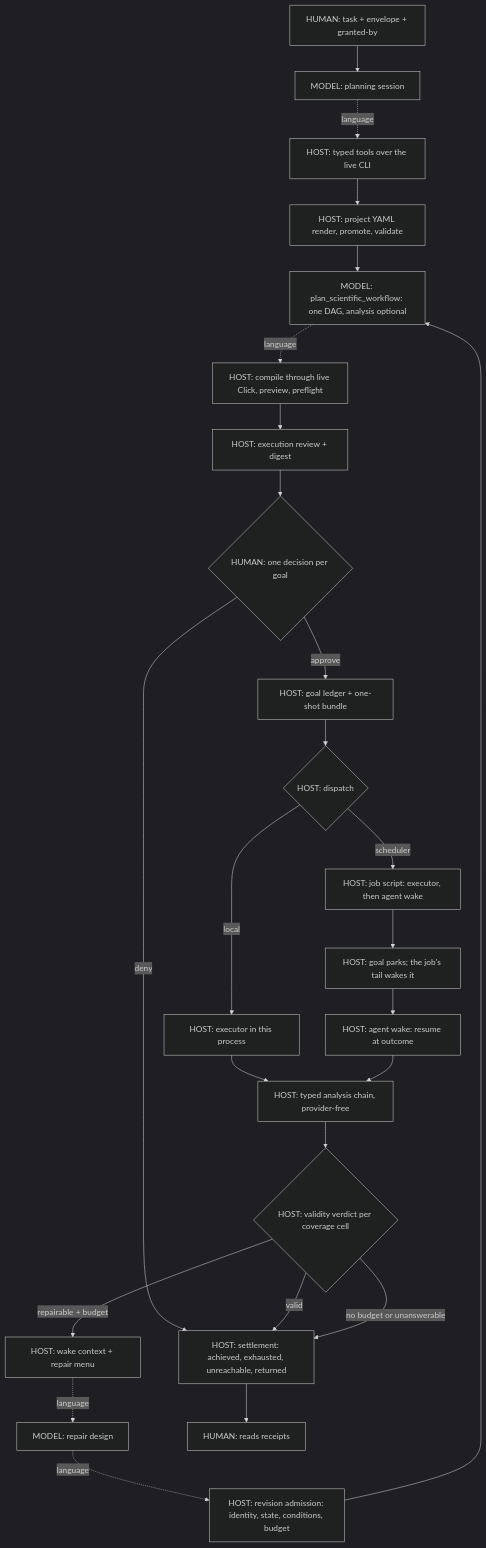
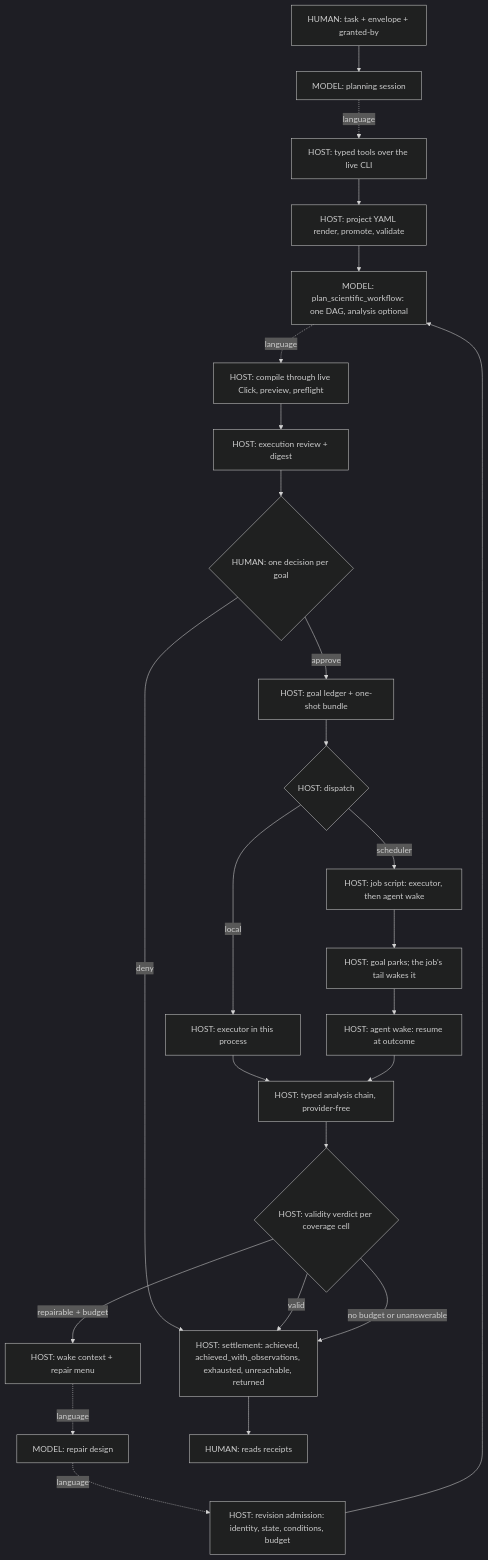
One commit to Hongjiseung-ROK/chemsmart changed the diagram in AGENTS.md. Above: the diagram before and after it, drawn with Mermaid (dark theme). The commit also changed other lines of this file and 3 other files, not shown here.

````diff
--- a/AGENTS.md
+++ b/AGENTS.md
@@ -23,28 +23,28 @@
 ```mermaid
 flowchart TD
     U["HUMAN: task + envelope + granted-by"] --> SP
     SP["MODEL: planning session"] -.->|language| TOOLS
     TOOLS["HOST: typed tools over the live CLI"] --> YAML
     YAML["HOST: project YAML render, promote, validate"] --> DAG
     DAG["MODEL: plan_scientific_workflow: one DAG, analysis optional"] -.->|language| CC
     CC["HOST: compile through live Click, preview, preflight"] --> REV
     REV["HOST: execution review + digest"] --> DEC
     DEC{"HUMAN: one decision per goal"} -->|approve| GOAL
     DEC -->|deny| SET
     GOAL["HOST: goal ledger + one-shot bundle"] --> DISP
     DISP{"HOST: dispatch"} -->|local| LOC
     DISP -->|scheduler| SUB
     LOC["HOST: executor in this process"] --> ANA
     SUB["HOST: job script: executor, then agent wake"] --> PARK
     PARK["HOST: goal parks; the job's tail wakes it"] --> WAKE
     WAKE["HOST: agent wake: resume at outcome"] --> ANA
     ANA["HOST: typed analysis chain, provider-free"] --> VER
     VER{"HOST: validity verdict per coverage cell"} -->|valid| SET
     VER -->|repairable + budget| MENU
     VER -->|no budget or unanswerable| SET
     MENU["HOST: wake context + repair menu"] -.->|language| REP
     REP["MODEL: repair design"] -.->|language| ADM
     ADM["HOST: revision admission: identity, state, conditions, budget"] --> DAG
-    SET["HOST: settlement: achieved, exhausted, unreachable, returned"] --> HUM
+    SET["HOST: settlement: achieved, achieved_with_observations, exhausted, unreachable, returned"] --> HUM
     HUM["HUMAN: reads receipts"]
 ```
````
